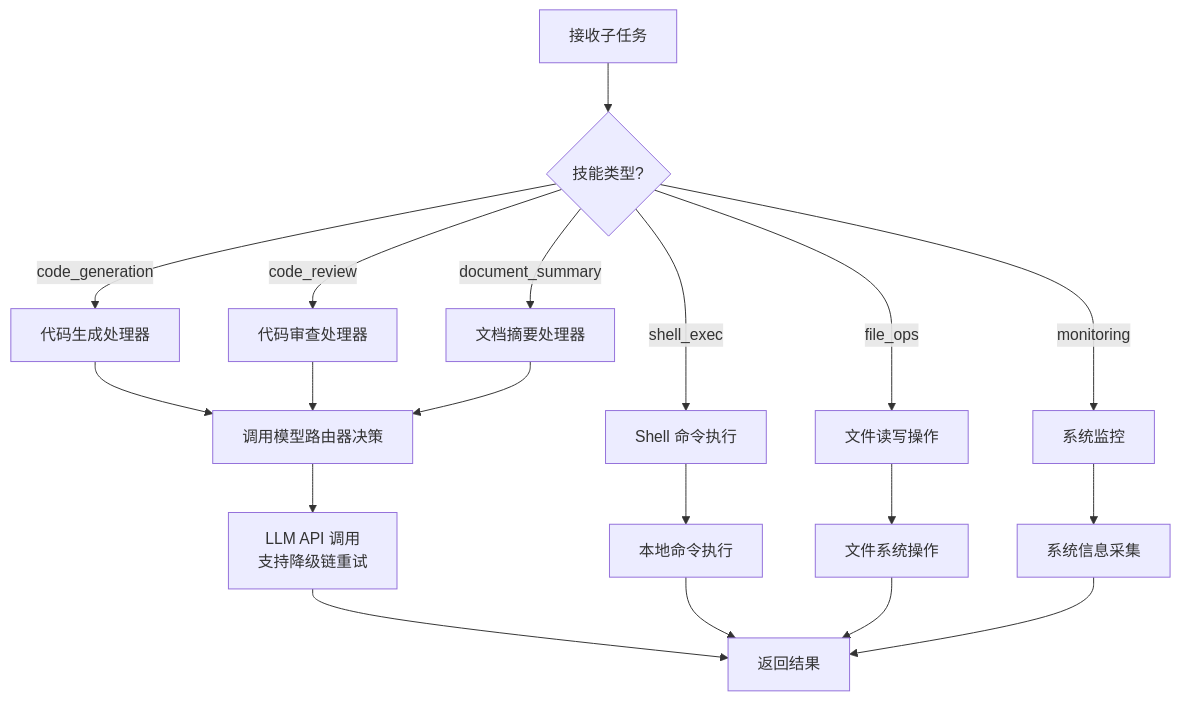
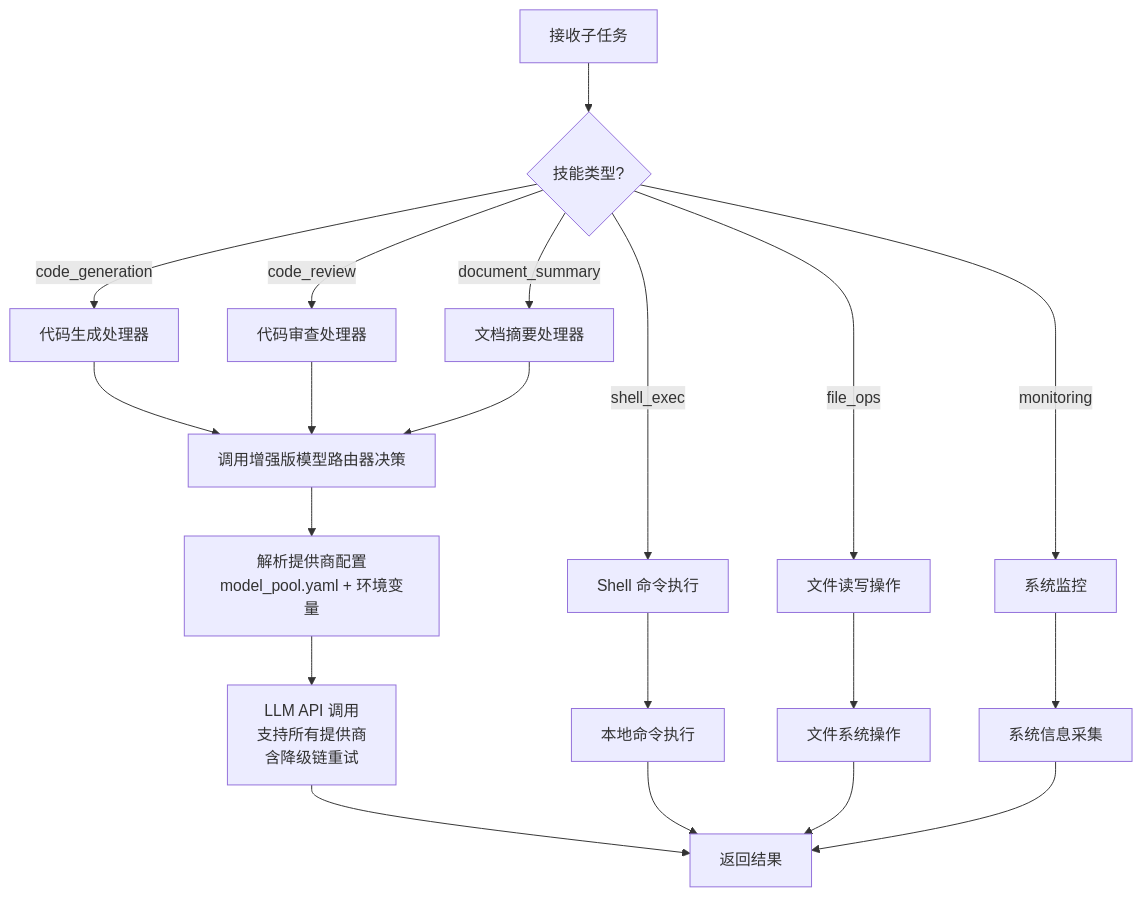
One commit to targalian/Personal-distributed-workstation changed diagram 11 of 13 in .qoder/repowiki/zh/content/核心模块/核心模块.md. Above: the diagram before and after it, drawn with Mermaid. The commit also changed other lines of this file and 64 other files, not shown here.

````diff
--- a/.qoder/repowiki/zh/content/核心模块/核心模块.md
+++ b/.qoder/repowiki/zh/content/核心模块/核心模块.md
@@ -677,21 +707,22 @@
 ```mermaid
 flowchart TD
 SUBMIT["接收子任务"] --> SKILL{"技能类型?"}
 SKILL --> |code_generation| CODE["代码生成处理器"]
 SKILL --> |code_review| REVIEW["代码审查处理器"]
 SKILL --> |document_summary| SUMMARY["文档摘要处理器"]
 SKILL --> |shell_exec| SHELL["Shell 命令执行"]
 SKILL --> |file_ops| FILE["文件读写操作"]
 SKILL --> |monitoring| MONITOR["系统监控"]
-CODE --> ROUTE["调用模型路由器决策"]
+CODE --> ROUTE["调用增强版模型路由器决策"]
 REVIEW --> ROUTE
 SUMMARY --> ROUTE
-ROUTE --> LLM["LLM API 调用<br/>支持降级链重试"]
+ROUTE --> RESOLVE["解析提供商配置<br/>model_pool.yaml + 环境变量"]
+RESOLVE --> LLM["LLM API 调用<br/>支持所有提供商<br/>含降级链重试"]
 SHELL --> EXEC["本地命令执行"]
 FILE --> FS["文件系统操作"]
 MONITOR --> SYS["系统信息采集"]
 LLM --> RESULT["返回结果"]
 EXEC --> RESULT
 FS --> RESULT
 SYS --> RESULT
 ```
````
